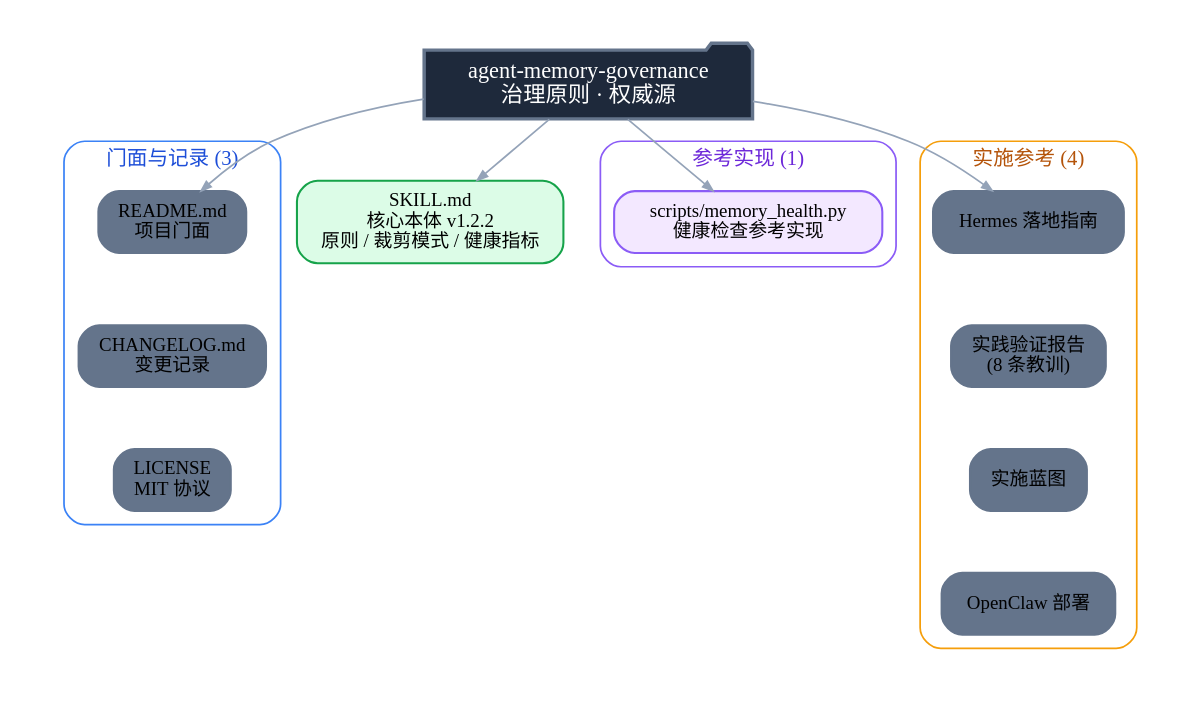
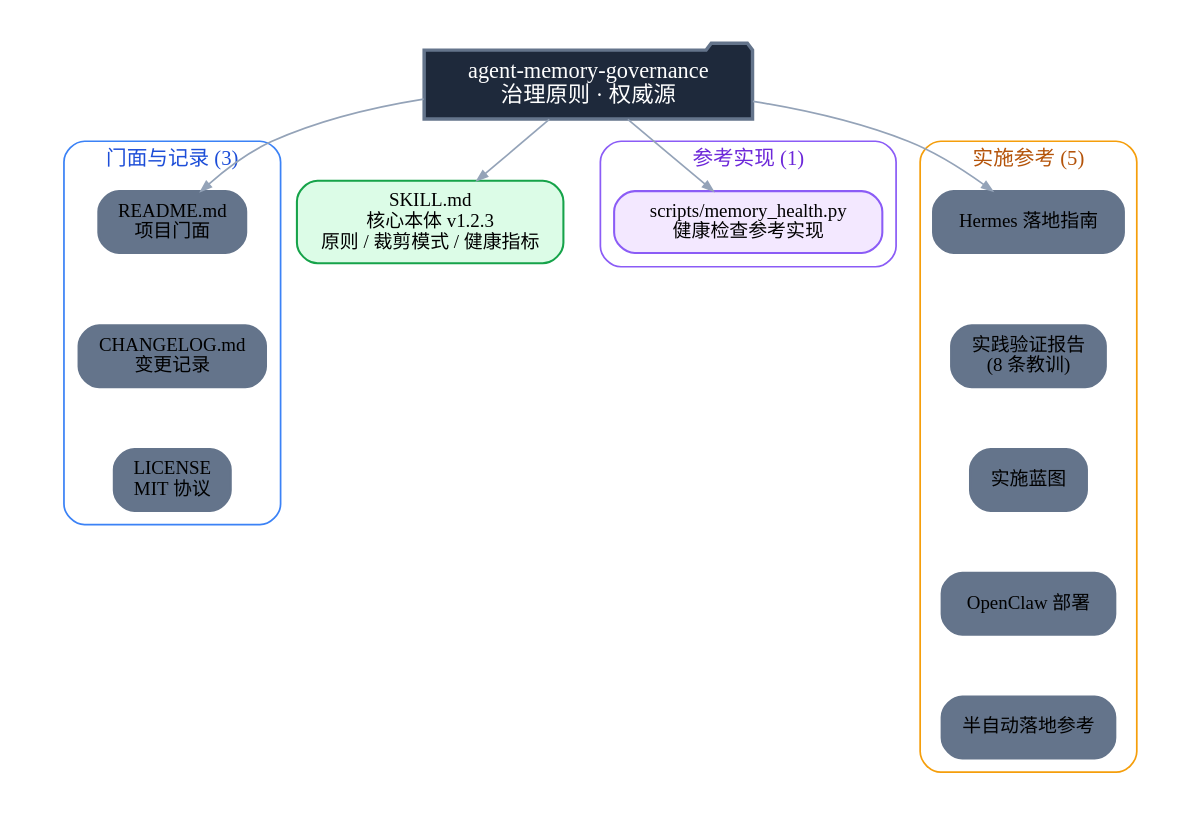
Before and after one commit to weijing143/agent-memory-governance: the diagram in assets/diagrams/map.dot, drawn with Graphviz. The commit also changed 5 other files, not shown here.

Commit message:
docs: sync README tree & diagrams with semi-automated-pattern.md (v1.2.3 follow-up)

```diff
--- a/assets/diagrams/map.dot
+++ b/assets/diagrams/map.dot
@@ -1,39 +1,41 @@
 digraph G {
   graph [rankdir=TB, bgcolor=white, fontname="WenQuanYi Zen Hei", fontsize=13, nodesep=0.4, ranksep=0.5, pad=0.3];
   node [fontname="WenQuanYi Zen Hei", fontsize=11, style="rounded,filled", color="#64748B", penwidth=1.2, shape=box, margin="0.15,0.08"];
   edge [color="#94A3B8", arrowsize=0.6];
 
   root [label="agent-memory-governance\n治理原则 · 权威源", shape=folder, fillcolor="#1E293B", fontcolor="white", fontsize=13, penwidth=2];
 
   subgraph cluster_facade {
     label="门面与记录 (3)"; style="rounded"; color="#3B82F6"; fontcolor="#1D4ED8"; fontsize=12;
     readme [label="README.md\n项目门面"];
     changelog [label="CHANGELOG.md\n变更记录"];
     license [label="LICENSE\nMIT 协议"];
     readme -> changelog [style=invis];
     changelog -> license [style=invis];
   }
 
-  skill [label="SKILL.md\n核心本体 v1.2.2\n原则 / 裁剪模式 / 健康指标", fillcolor="#DCFCE7", color="#16A34A"];
+  skill [label="SKILL.md\n核心本体 v1.2.3\n原则 / 裁剪模式 / 健康指标", fillcolor="#DCFCE7", color="#16A34A"];
 
   subgraph cluster_impl {
     label="参考实现 (1)"; style="rounded"; color="#8B5CF6"; fontcolor="#6D28D9"; fontsize=12;
     script [label="scripts/memory_health.py\n健康检查参考实现", fillcolor="#F3E8FF", color="#8B5CF6"];
   }
 
   subgraph cluster_refs {
-    label="实施参考 (4)"; style="rounded"; color="#F59E0B"; fontcolor="#B45309"; fontsize=12;
+    label="实施参考 (5)"; style="rounded"; color="#F59E0B"; fontcolor="#B45309"; fontsize=12;
     integ [label="Hermes 落地指南"];
     report [label="实践验证报告\n(8 条教训)"];
     blueprint [label="实施蓝图"];
     openclaw [label="OpenClaw 部署"];
+    semi [label="半自动落地参考"];
     integ -> report [style=invis];
     report -> blueprint [style=invis];
     blueprint -> openclaw [style=invis];
+    openclaw -> semi [style=invis];
   }
 
   root -> readme;
   root -> skill;
   root -> script;
   root -> integ;
 }
```
